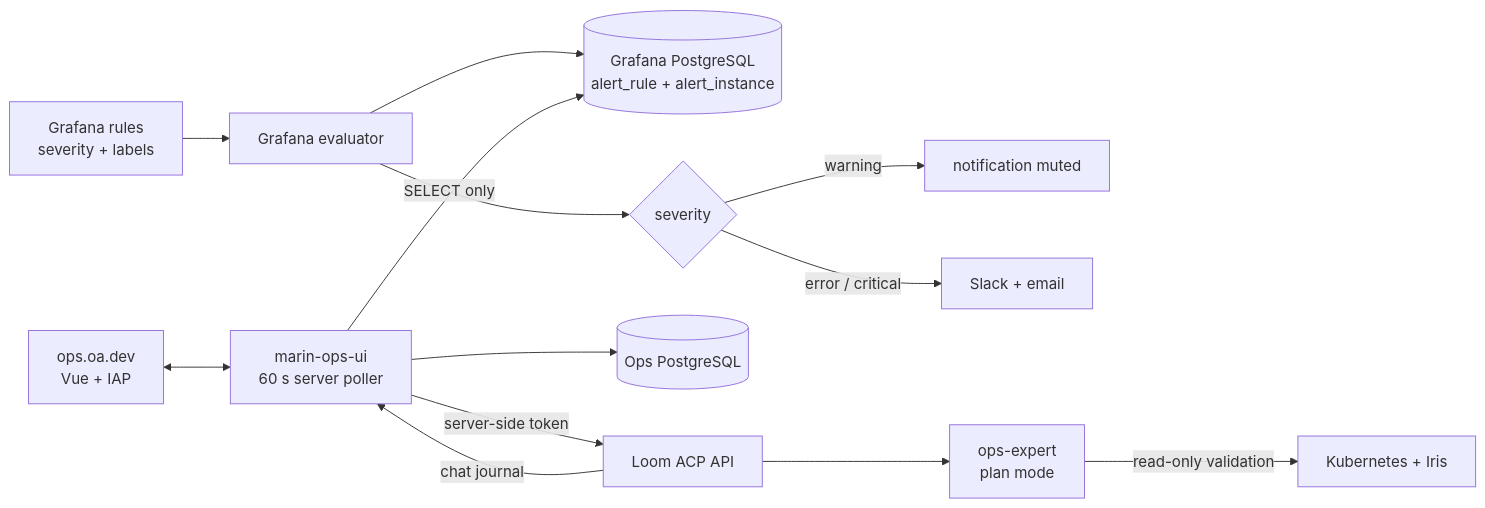
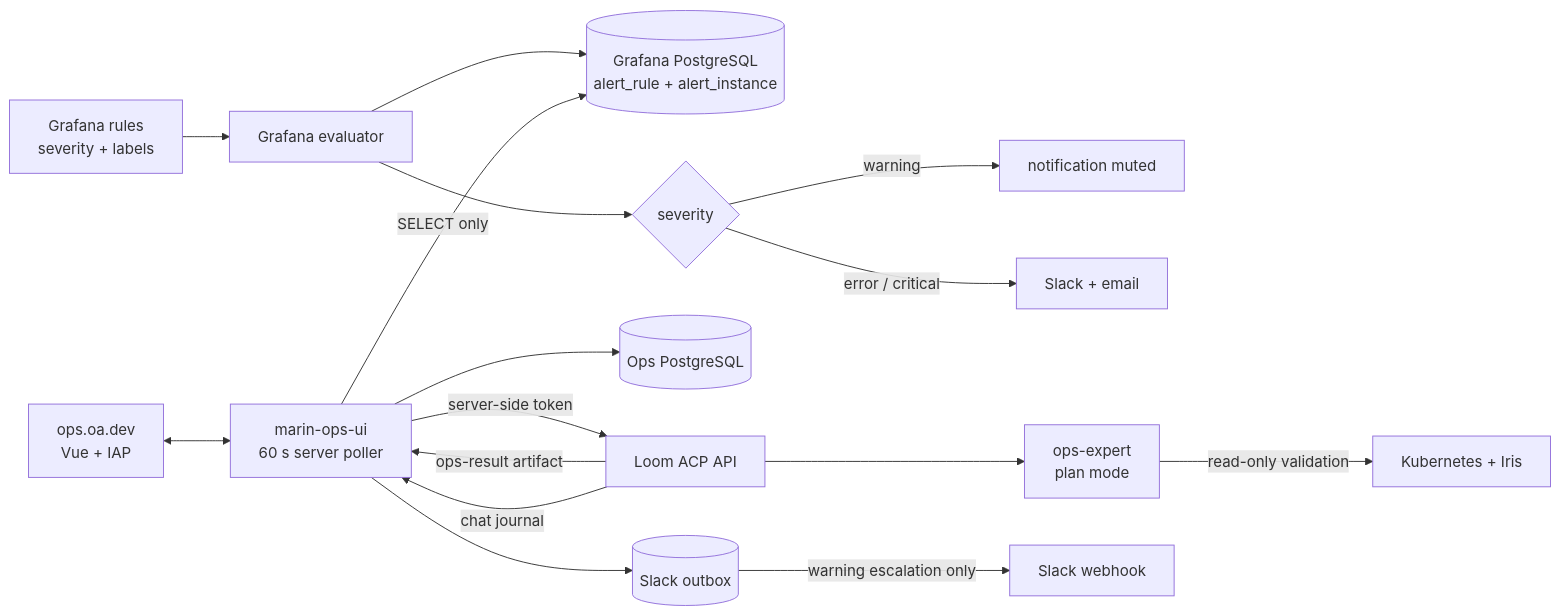
One commit to marin-community/marin changed the first of 4 diagrams in .agents/projects/ops_workflow/design.md. Above: the diagram before and after it, drawn with Mermaid. The commit also changed other lines of this file and 28 other files, not shown here.

First line of the commit message:
Add ops escalation workflow and refine dashboard

````diff
--- a/.agents/projects/ops_workflow/design.md
+++ b/.agents/projects/ops_workflow/design.md
@@ -14,16 +14,19 @@
 ```mermaid
 flowchart LR
     Rules[Grafana rules<br/>severity + labels] --> Eval[Grafana evaluator]
     Eval --> GDB[(Grafana PostgreSQL<br/>alert_rule + alert_instance)]
     Eval --> Policy{severity}
     Policy -->|warning| Muted[notification muted]
     Policy -->|error / critical| Notify[Slack + email]
 
     Poller[marin-ops-ui<br/>60 s server poller] -->|SELECT only| GDB
     Poller --> ODB[(Ops PostgreSQL)]
     Browser[ops.oa.dev<br/>Vue + IAP] <--> Poller
     Poller -->|server-side token| Loom[Loom ACP API]
     Loom --> Agent[ops-expert<br/>plan mode]
     Agent -->|read-only validation| Evidence[Kubernetes + Iris]
+    Loom -->|ops-result artifact| Poller
+    Poller --> Outbox[(Slack outbox)]
+    Outbox -->|warning escalation only| Slack[Slack webhook]
     Loom -->|chat journal| Poller
 ```
````
